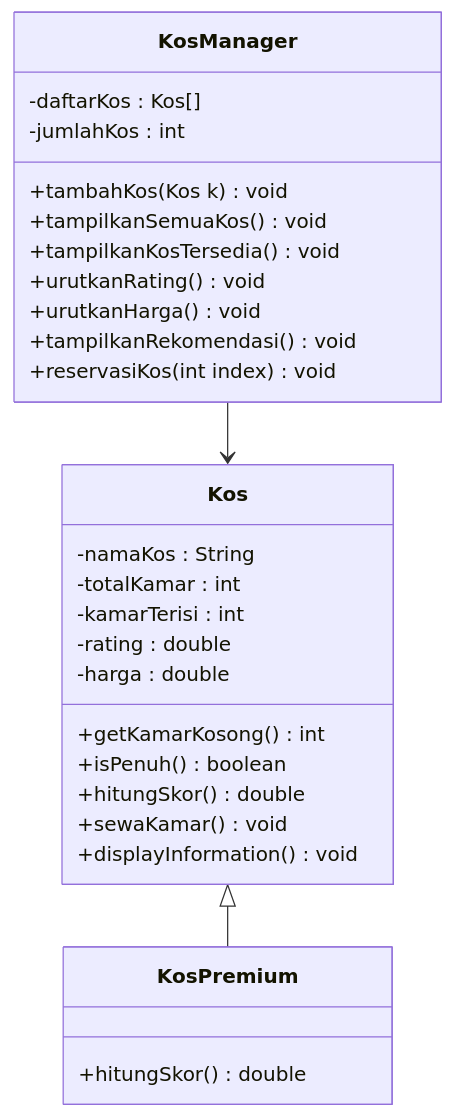
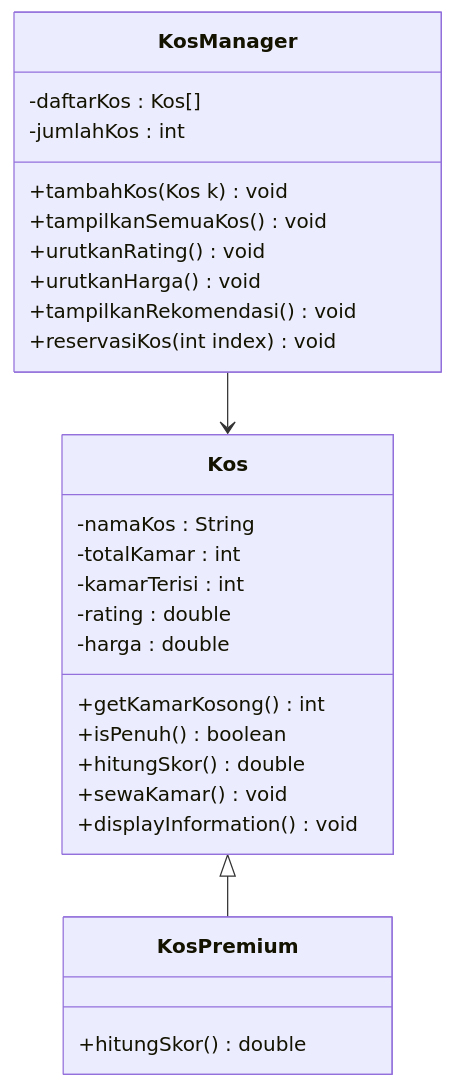
The diagram in Assignment/Assignment 02/README.md (RiezW/Struktur-Data), drawn with Mermaid before and after one commit. The commit also changed other lines of this file, not shown here.

````diff
--- a/Assignment/Assignment 02/README.md
+++ b/Assignment/Assignment 02/README.md
@@ -18,38 +18,37 @@
 ```mermaid
 classDiagram
 direction TB
 
 class Kos {
     -namaKos : String
     -totalKamar : int
     -kamarTerisi : int
     -rating : double
     -harga : double
 
     +getKamarKosong() int
     +isPenuh() boolean
     +hitungSkor() double
     +sewaKamar() void
     +displayInformation() void
 }
 
 class KosPremium {
     +hitungSkor() double
 }
 
 class KosManager {
     -daftarKos : Kos[]
     -jumlahKos : int
 
     +tambahKos(Kos k) void
     +tampilkanSemuaKos() void
-    +tampilkanKosTersedia() void
     +urutkanRating() void
     +urutkanHarga() void
     +tampilkanRekomendasi() void
     +reservasiKos(int index) void
 }
 
 Kos <|-- KosPremium
 KosManager --> Kos
 ```
````
